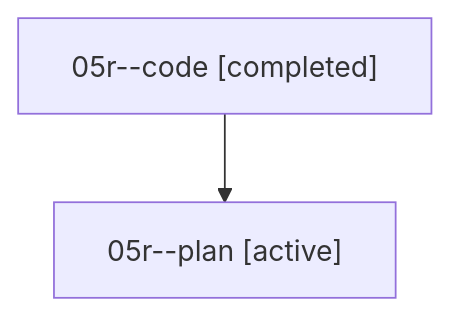
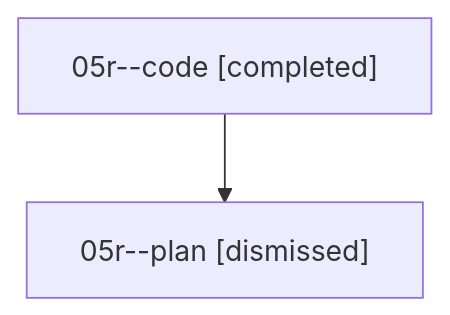
The diagram in sessions/bbugyi200.athena.05r.md (sase-org/sase--agents), drawn with Mermaid before and after one commit. The commit also changed other lines of this file and 31 other files, not shown here.

````diff
--- a/sessions/bbugyi200.athena.05r.md
+++ b/sessions/bbugyi200.athena.05r.md
@@ -9,6 +9,6 @@
 ```mermaid
 flowchart TD
   n0["05r--code [completed]"]
-  n1["05r--plan [active]"]
+  n1["05r--plan [dismissed]"]
   n0 --> n1
 ```
````
